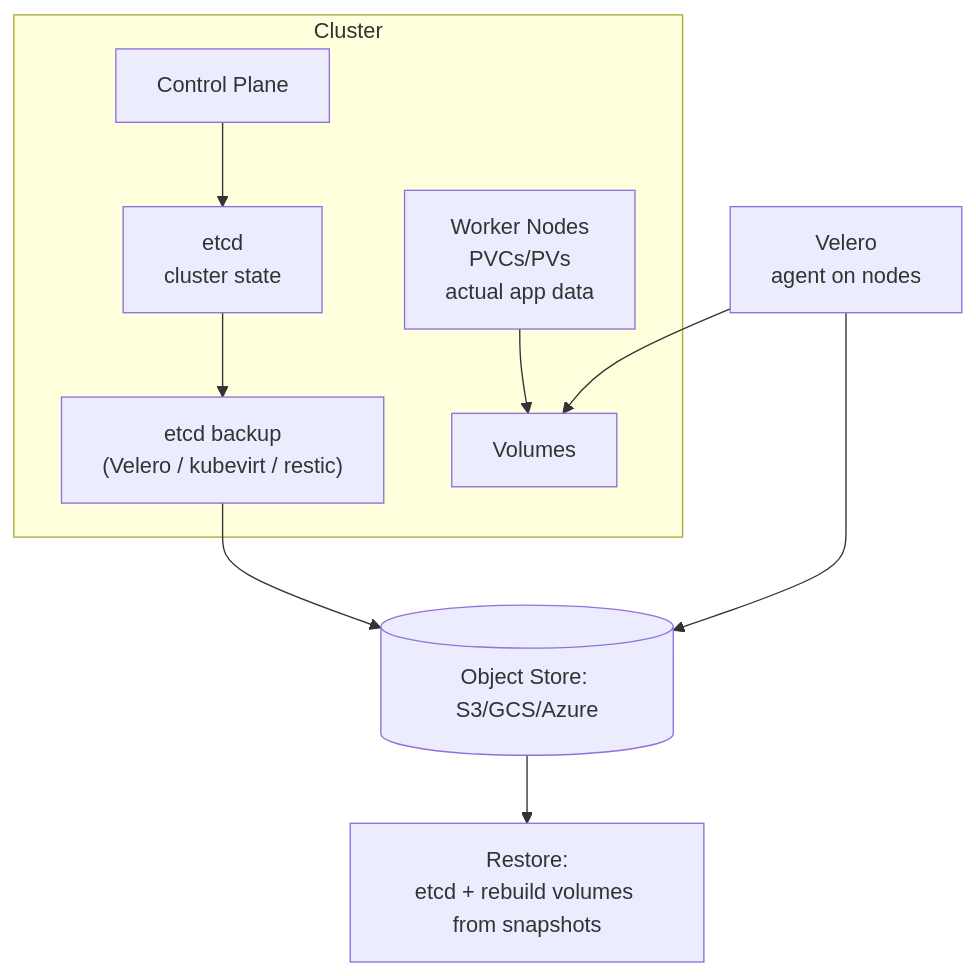
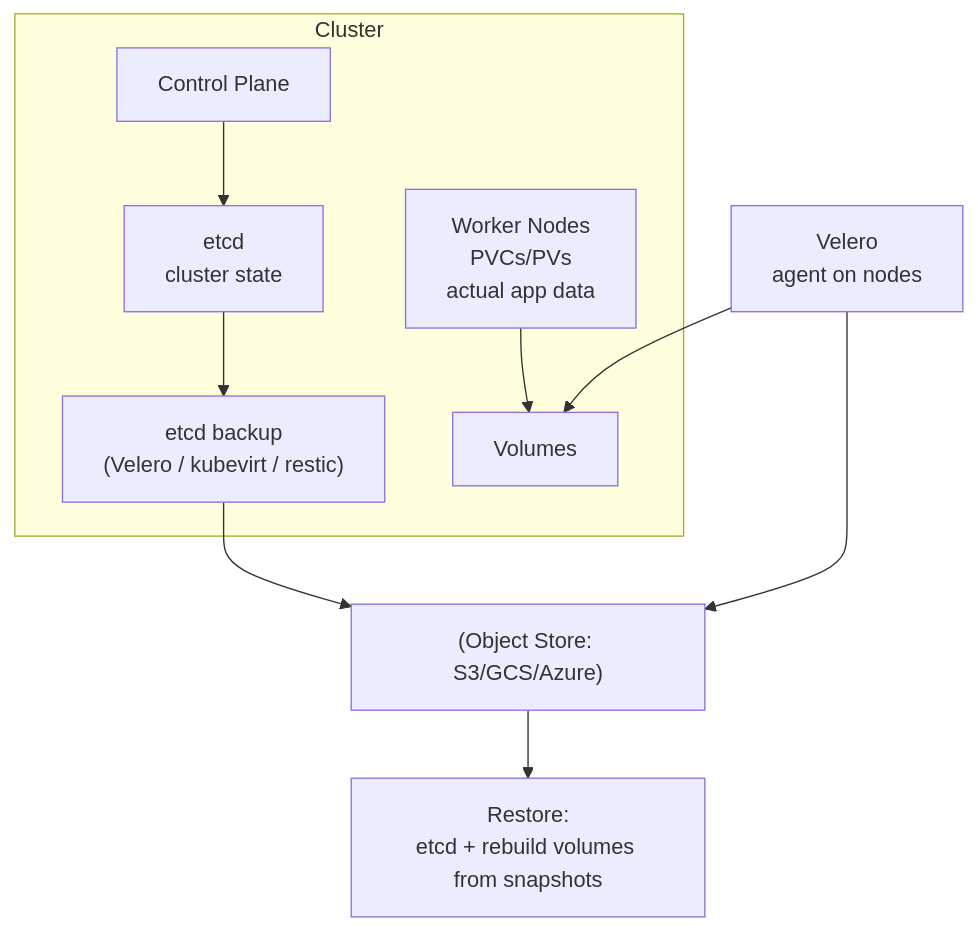
Before and after one commit to WhoisMonesh/K8S-Everything: the diagram in 08-cluster-operations/backup-restore.md, drawn with Mermaid. The commit also changed 62 other files, not shown here.

First line of the commit message:
Fix all Mermaid diagrams for GitHub compatibility

````diff
--- a/08-cluster-operations/backup-restore.md
+++ b/08-cluster-operations/backup-restore.md
@@ -24,12 +24,12 @@
 ```mermaid
 graph TD
     subgraph "Cluster"
         A[etcd<br/>cluster state] --> B
         C[Control Plane] --> A
-        D[Worker Nodes<br/>PVCs/PVs\nactual app data] --> D2[Volumes]
+        D[Worker Nodes<br/>PVCs/PVs<br/>actual app data] --> D2[Volumes]
     end
     B["etcd backup<br/>(Velero / kubevirt / restic)"] --> S3
     E[Velero<br/>agent on nodes] --> D2
-    E --> S3[(Object Store: S3/GCS/Azure)]
+    E --> S3["(Object Store: S3/GCS/Azure)"]
     S3 --> R[Restore:<br/>etcd + rebuild volumes from snapshots]
 ```
````
